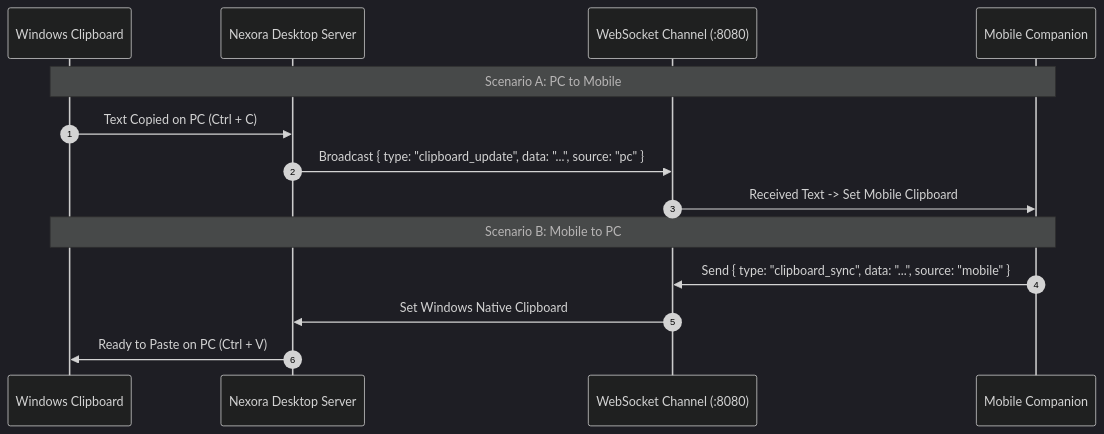
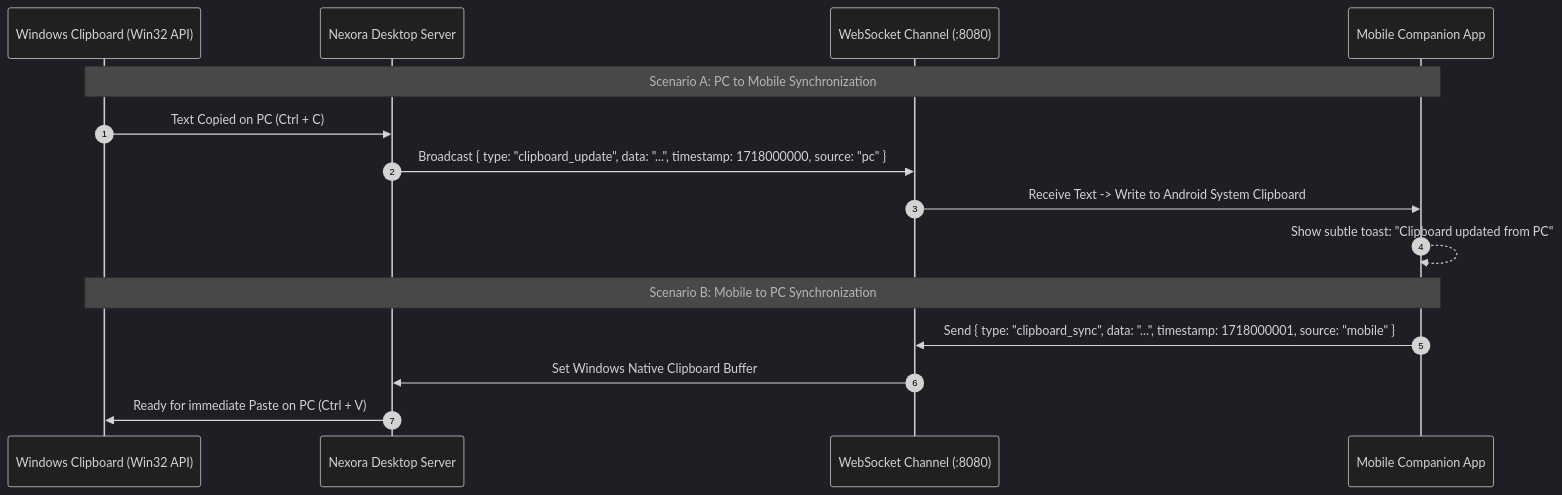
The diagram in docs/clipboard.md (baaghinitesh/Nexora-desktop-release), drawn with Mermaid (dark theme) before and after one commit. The commit also changed other lines of this file and 10 other files, not shown here.

````diff
--- a/docs/clipboard.md
+++ b/docs/clipboard.md
@@ -11,18 +11,19 @@
 ```mermaid
 sequenceDiagram
     autonumber
-    participant PC as Windows Clipboard
+    participant PC as Windows Clipboard (Win32 API)
     participant SVR as Nexora Desktop Server
     participant WS as WebSocket Channel (:8080)
-    participant MOB as Mobile Companion
+    participant MOB as Mobile Companion App
 
-    Note over PC,MOB: Scenario A: PC to Mobile
+    Note over PC,MOB: Scenario A: PC to Mobile Synchronization
     PC->>SVR: Text Copied on PC (Ctrl + C)
-    SVR->>WS: Broadcast { type: "clipboard_update", data: "...", source: "pc" }
-    WS->>MOB: Received Text -> Set Mobile Clipboard
+    SVR->>WS: Broadcast { type: "clipboard_update", data: "...", timestamp: 1718000000, source: "pc" }
+    WS->>MOB: Receive Text -> Write to Android System Clipboard
+    MOB-->>MOB: Show subtle toast: "Clipboard updated from PC"
 
-    Note over PC,MOB: Scenario B: Mobile to PC
-    MOB->>WS: Send { type: "clipboard_sync", data: "...", source: "mobile" }
-    WS->>SVR: Set Windows Native Clipboard
-    SVR->>PC: Ready to Paste on PC (Ctrl + V)
+    Note over PC,MOB: Scenario B: Mobile to PC Synchronization
+    MOB->>WS: Send { type: "clipboard_sync", data: "...", timestamp: 1718000001, source: "mobile" }
+    WS->>SVR: Set Windows Native Clipboard Buffer
+    SVR->>PC: Ready for immediate Paste on PC (Ctrl + V)
 ```
````
